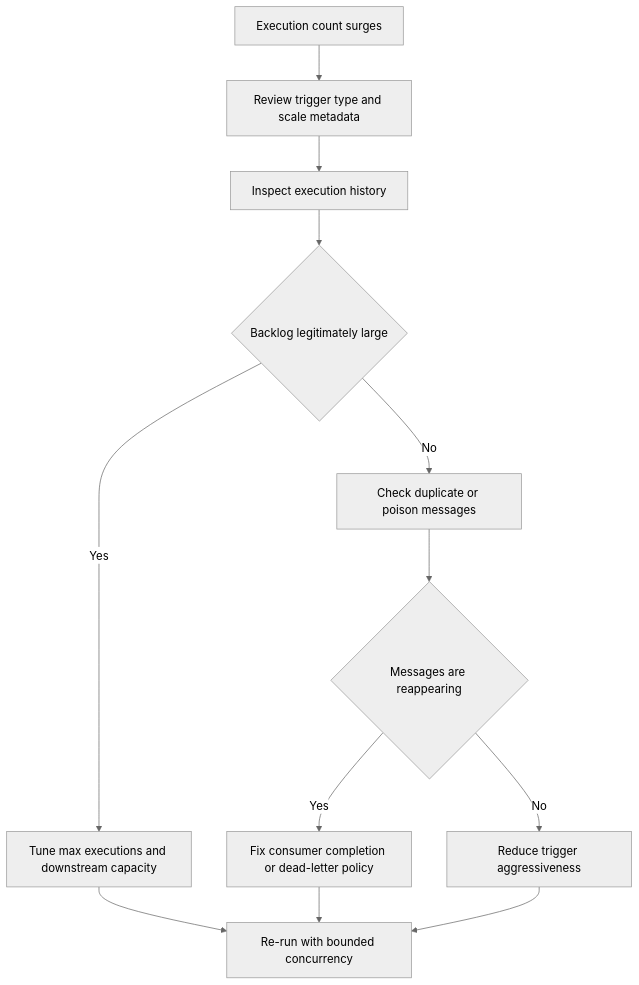
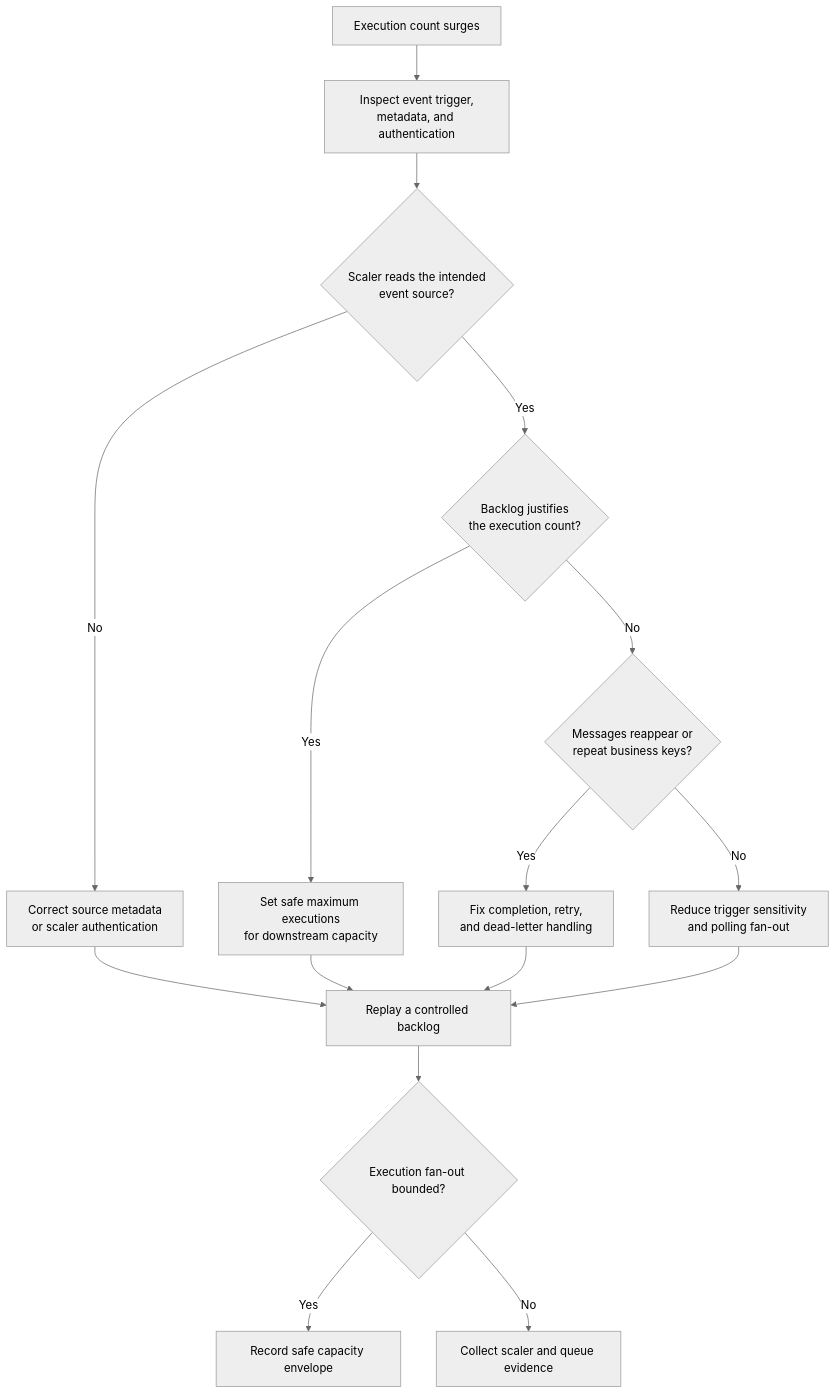
The diagram in docs/troubleshooting/playbooks/platform-features/event-job-storm.md (yeongseon/azure-container-apps-practical-guide), drawn with Mermaid (neutral theme) before and after one commit. The commit also changed other lines of this file and 28 other files, not shown here.

Commit message:
docs(diagrams): migrate playbook diagnostic flows (#627)

````diff
--- a/docs/troubleshooting/playbooks/platform-features/event-job-storm.md
+++ b/docs/troubleshooting/playbooks/platform-features/event-job-storm.md
@@ -37,14 +37,21 @@
 ```mermaid
 flowchart TD
-    A[Execution count surges] --> B[Review trigger type and scale metadata]
-    B --> C[Inspect execution history]
-    C --> D{Backlog legitimately large}
-    D -->|Yes| E[Tune max executions and downstream capacity]
-    D -->|No| F[Check duplicate or poison messages]
-    F --> G{Messages are reappearing}
-    G -->|Yes| H[Fix consumer completion or dead-letter policy]
-    G -->|No| I[Reduce trigger aggressiveness]
-    E --> J[Re-run with bounded concurrency]
-    H --> J
-    I --> J
+    accTitle: Diagnose an event-driven job execution storm
+    accDescr: Compare scaler configuration, authenticated event-source backlog, and execution history before deciding whether to cap executions or repair duplicate and poison-message handling.
+
+    START[Execution count surges] --> RULE[Inspect event trigger,<br/>metadata, and authentication]
+    RULE --> SOURCE{Scaler reads the intended<br/>event source?}
+    SOURCE -->|No| CONFIG[Correct source metadata<br/>or scaler authentication]
+    SOURCE -->|Yes| BACKLOG{Backlog justifies<br/>the execution count?}
+    BACKLOG -->|Yes| CAP[Set safe maximum executions<br/>for downstream capacity]
+    BACKLOG -->|No| REAPPEAR{Messages reappear or<br/>repeat business keys?}
+    REAPPEAR -->|Yes| DELIVERY[Fix completion, retry,<br/>and dead-letter handling]
+    REAPPEAR -->|No| THRESHOLD[Reduce trigger sensitivity<br/>and polling fan-out]
+    CONFIG --> TEST[Replay a controlled backlog]
+    CAP --> TEST
+    DELIVERY --> TEST
+    THRESHOLD --> TEST
+    TEST --> BOUNDED{Execution fan-out bounded?}
+    BOUNDED -->|Yes| DONE[Record safe capacity envelope]
+    BOUNDED -->|No| ESCALATE[Collect scaler and queue evidence]
 ```
````
